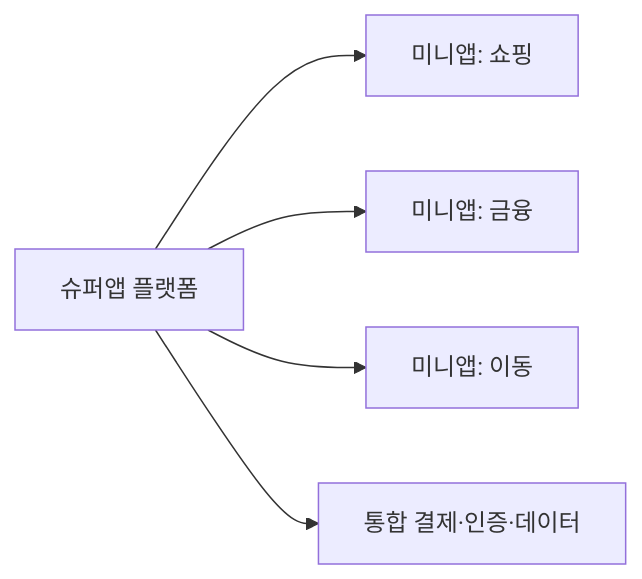
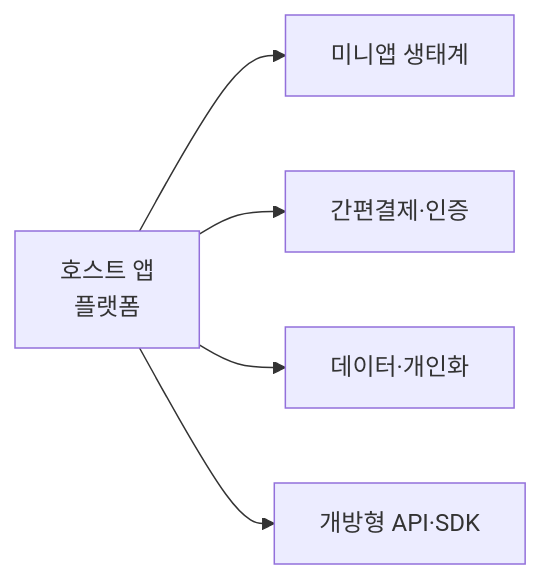
The diagram in content/super-app.md (coninggu/wjdqhrhksflrltnftk), drawn with Mermaid before and after one commit. The commit also changed other lines of this file and 11 other files, not shown here.

````diff
--- a/content/super-app.md
+++ b/content/super-app.md
@@ -24,7 +14,7 @@
 ```mermaid
 flowchart LR
-  S[슈퍼앱 플랫폼] --> M1[미니앱: 쇼핑]
-  S --> M2[미니앱: 금융]
-  S --> M3[미니앱: 이동]
-  S --> P[통합 결제·인증·데이터]
+  H[호스트 앱<br/>플랫폼] --> M[미니앱 생태계]
+  H --> P[간편결제·인증]
+  H --> D[데이터·개인화]
+  H --> O[개방형 API·SDK]
 ```
````
